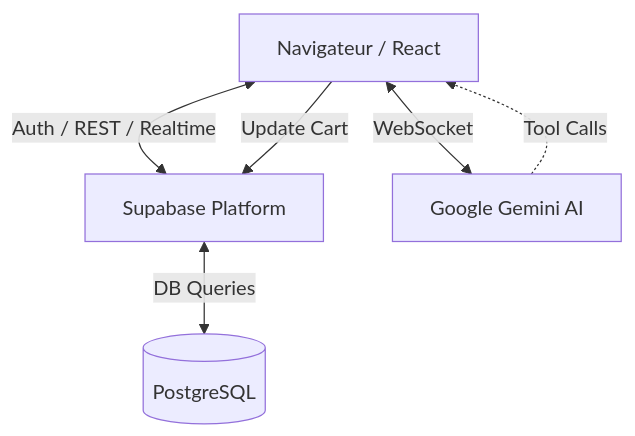
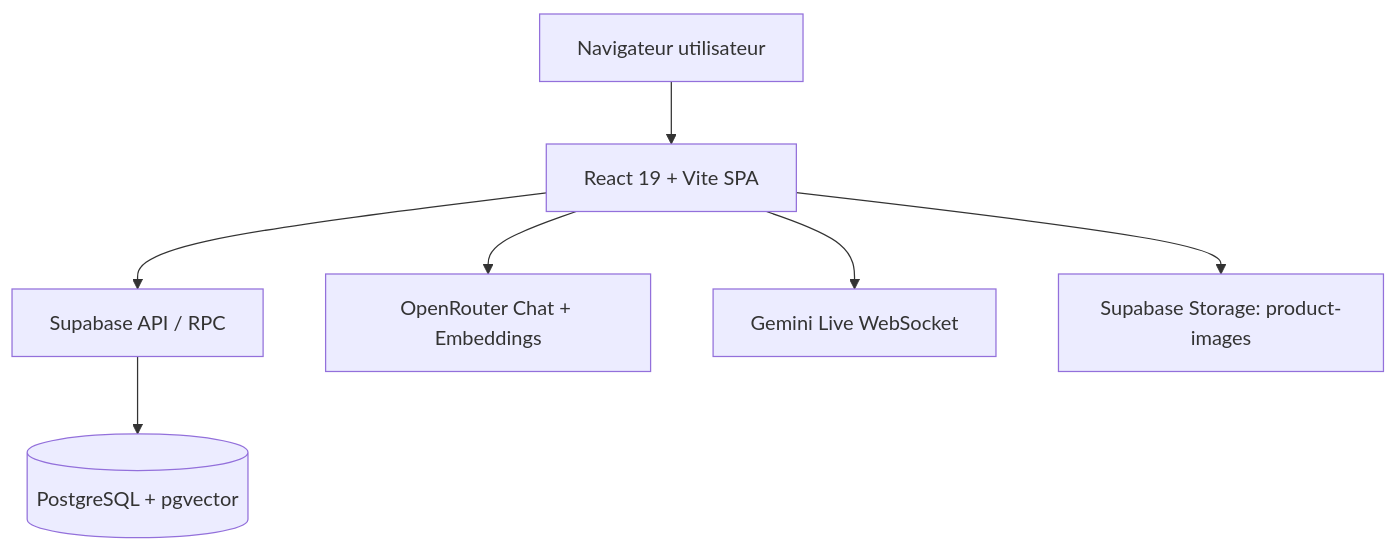
Before and after one commit to moonback/Green-Mood-project: the diagram in ARCHITECTURE.md, drawn with Mermaid. The commit also changed other lines of this file and 2 other files, not shown here.

Commit message:
docs: regenerate architecture, API, and DB schema documentation

````diff
--- a/ARCHITECTURE.md
+++ b/ARCHITECTURE.md
@@ -53,8 +11,9 @@
 ```mermaid
 graph TD
-    Client[Navigateur / React] <--> |Auth / REST / Realtime| Supabase[Supabase Platform]
-    Client <--> |WebSocket| Gemini[Google Gemini AI]
-    Supabase <--> |DB Queries| Postgres[(PostgreSQL)]
-    Gemini -.-> |Tool Calls| Client
-    Client --> |Update Cart| Supabase
+  Client[Navigateur utilisateur] --> Frontend[React 19 + Vite SPA]
+  Frontend --> SupabaseAPI[Supabase API / RPC]
+  SupabaseAPI --> Postgres[(PostgreSQL + pgvector)]
+  Frontend --> OpenRouter[OpenRouter Chat + Embeddings]
+  Frontend --> Gemini[Gemini Live WebSocket]
+  Frontend --> Storage[Supabase Storage: product-images]
 ```
````
